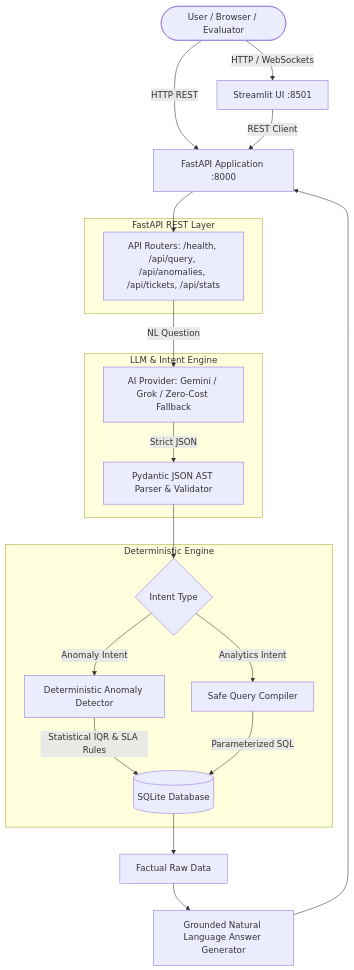
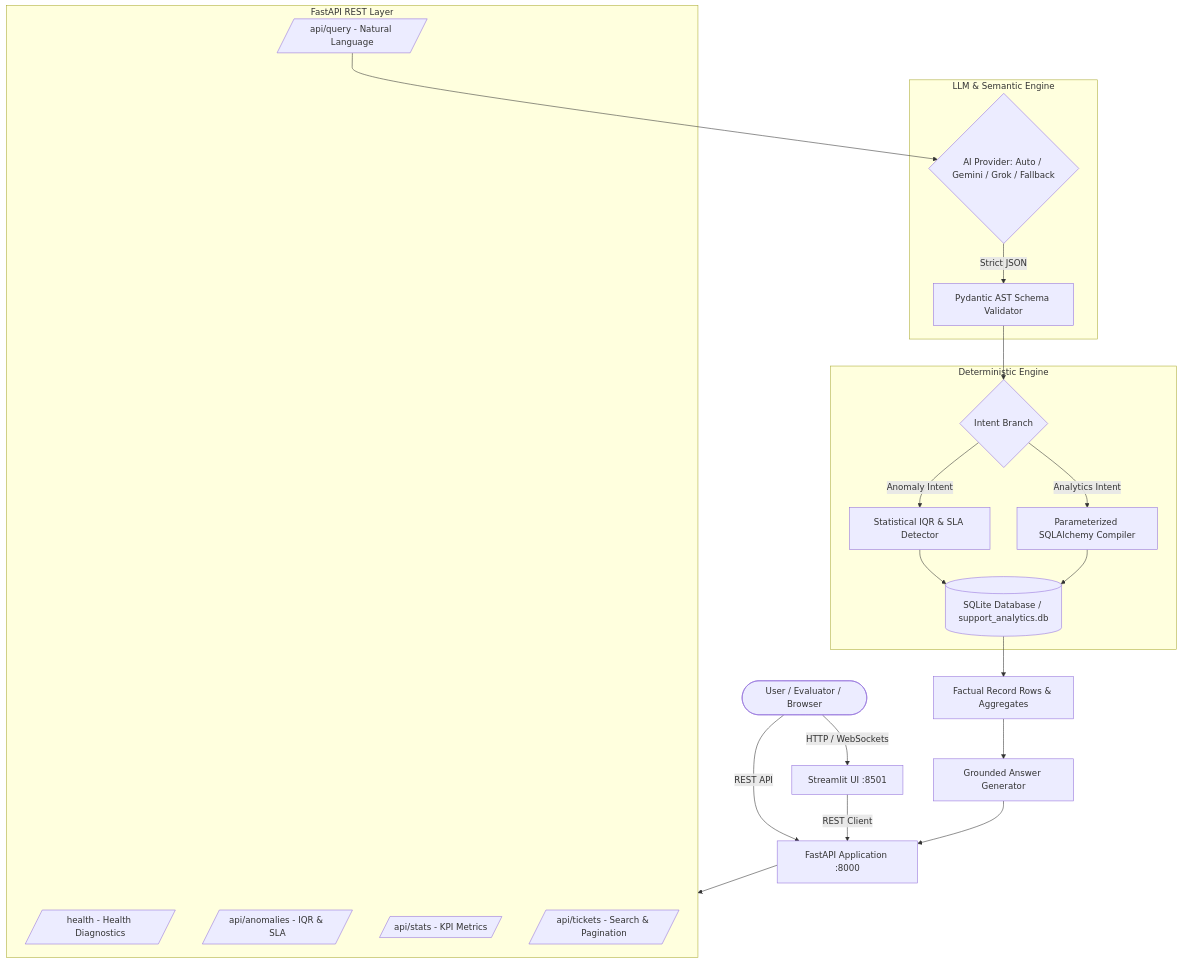
Before and after one commit to Ayushaggarwal05/DotMappers_Work: the diagram in README.md, drawn with Mermaid. The commit also changed other lines of this file and 4 other files, not shown here.

Commit message:
feat(core): implement SupportLens AI deterministic query engine, statistical IQR anomalies, and polished UI

````diff
--- a/README.md
+++ b/README.md
@@ -37,33 +116,37 @@
 ```mermaid
 flowchart TD
-    User([User / Browser / Evaluator]) -->|HTTP / WebSockets| UI[Streamlit UI :8501]
-    User -->|HTTP REST| API[FastAPI Application :8000]
+    User([User / Evaluator / Browser]) -->|HTTP / WebSockets| UI[Streamlit UI :8501]
+    User -->|REST API| API[FastAPI Application :8000]
     UI -->|REST Client| API
 
     subgraph API_Layer [FastAPI REST Layer]
-        Router[API Routers: /health, /api/query, /api/anomalies, /api/tickets, /api/stats]
+        H_Route[/health - Health Diagnostics/]
+        Q_Route[/api/query - Natural Language/]
+        A_Route[/api/anomalies - IQR & SLA/]
+        S_Route[/api/stats - KPI Metrics/]
+        T_Route[/api/tickets - Search & Pagination/]
     end
 
-    API --> Router
+    API --> API_Layer
 
-    subgraph NLP_Layer [LLM & Intent Engine]
-        AI[AI Provider: Gemini / Grok / Zero-Cost Fallback]
-        Parser[Pydantic JSON AST Parser & Validator]
-        Router -->|NL Question| AI
-        AI -->|Strict JSON| Parser
+    subgraph NLP_Layer [LLM & Semantic Engine]
+        AI_Select{AI Provider: Auto / Gemini / Grok / Fallback}
+        Pydantic_Validator[Pydantic AST Schema Validator]
+        Q_Route --> AI_Select
+        AI_Select -->|Strict JSON| Pydantic_Validator
     end
 
     subgraph Execution_Engine [Deterministic Engine]
-        Decision{Intent Type}
-        Parser --> Decision
-        Decision -->|Anomaly Intent| Detector[Deterministic Anomaly Detector]
-        Decision -->|Analytics Intent| Compiler[Safe Query Compiler]
+        Branch{Intent Branch}
+        Pydantic_Validator --> Branch
+        Branch -->|Anomaly Intent| AnomalyEngine[Statistical IQR & SLA Detector]
+        Branch -->|Analytics Intent| QueryCompiler[Parameterized SQLAlchemy Compiler]
         
-        Detector -->|Statistical IQR & SLA Rules| DB[(SQLite Database)]
-        Compiler -->|Parameterized SQL| DB
+        AnomalyEngine --> DB[(SQLite Database / support_analytics.db)]
+        QueryCompiler --> DB
     end
 
-    DB --> Result[Factual Raw Data]
-    Result --> AnswerGen[Grounded Natural Language Answer Generator]
-    AnswerGen --> API
+    DB --> RawData[Factual Record Rows & Aggregates]
+    RawData --> ResponseGen[Grounded Answer Generator]
+    ResponseGen --> API
 ```
````
